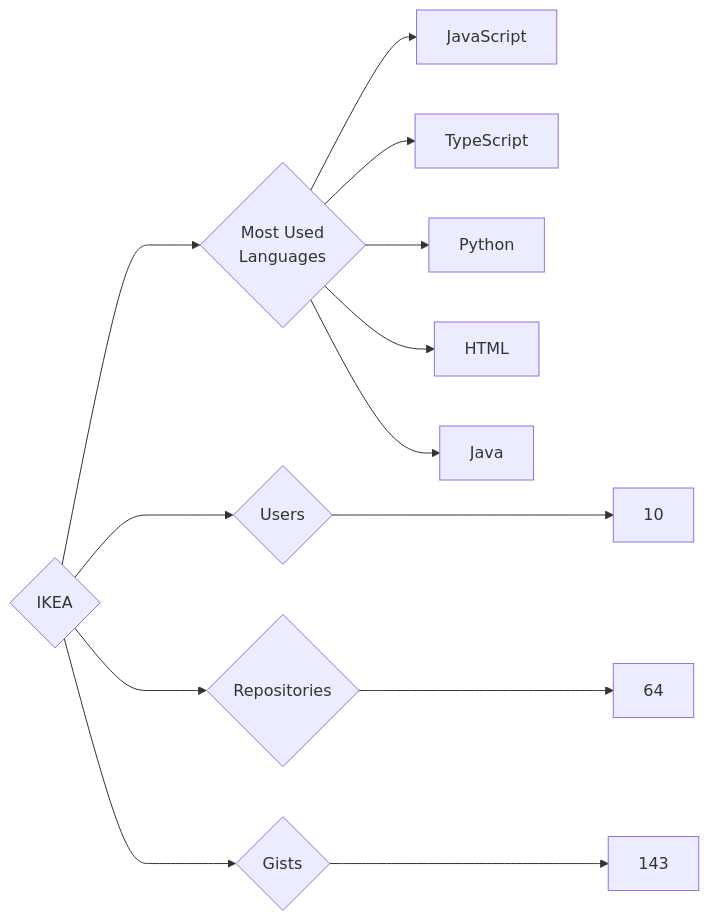
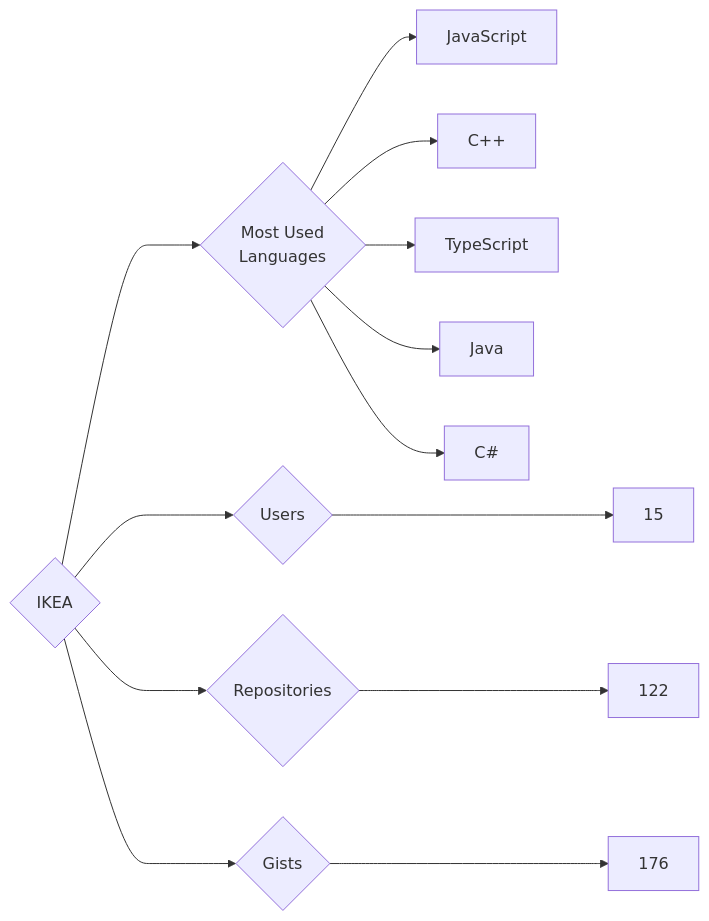
One commit to trickest/insiders changed the diagram in targets/IKEA/README.md. Above: the diagram before and after it, drawn with Mermaid. The commit also changed 777 other files, not shown here.

````diff
--- a/targets/IKEA/README.md
+++ b/targets/IKEA/README.md
@@ -3,13 +3,13 @@
 ```mermaid
 graph LR
 COMPANY_NAME{IKEA}
-COMPANY_NAME ---> U{Users} ---> UN[10]
-COMPANY_NAME ---> R{Repositories} ---> RN[64]
-COMPANY_NAME ---> G{Gists} ---> GN[143]
+COMPANY_NAME ---> U{Users} ---> UN[15]
+COMPANY_NAME ---> R{Repositories} ---> RN[122]
+COMPANY_NAME ---> G{Gists} ---> GN[176]
 COMPANY_NAME ---> ML{Most Used<br>Languages}
 ML --> JavaScript[JavaScript]
+ML --> C++[C++]
 ML --> TypeScript[TypeScript]
-ML --> Python[Python]
-ML --> HTML[HTML]
 ML --> Java[Java]
+ML --> C#[C#]
 ```
````
